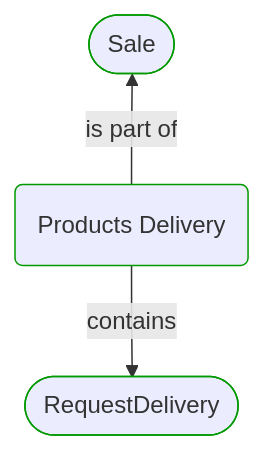
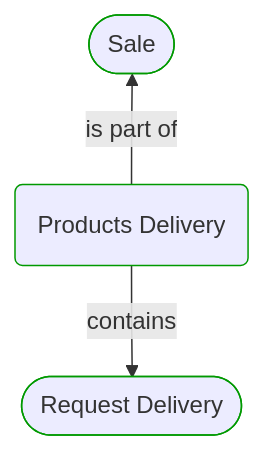
The first of 2 diagrams in Docs/P3/MermaidOutput/Domain/Processes/Sale/Products delivery/ProductsDelivery.md (itlibrium/DDD-starter-dotnet), drawn with Mermaid before and after one commit. The commit also changed other lines of this file and 51 other files, not shown here.

````diff
--- a/Docs/P3/MermaidOutput/Domain/Processes/Sale/Products delivery/ProductsDelivery.md
+++ b/Docs/P3/MermaidOutput/Domain/Processes/Sale/Products delivery/ProductsDelivery.md
@@ -22,17 +22,17 @@
 ```mermaid
   flowchart TB
     0([Sale])
     class 0 DomainPerspective
     1(Products Delivery)
     class 1 DomainPerspective
     0---1
     1-->|is part of|0
     1---0
-    2([RequestDelivery])
+    2([Request Delivery])
     class 2 DomainPerspective
     1-->|contains|2
     linkStyle 0,2 stroke:none
     classDef DomainPerspective stroke:#009900
     classDef TechnologyPerspective stroke:#1F41EB
     classDef PeoplePerspective stroke:#FFF014
 ```
````
